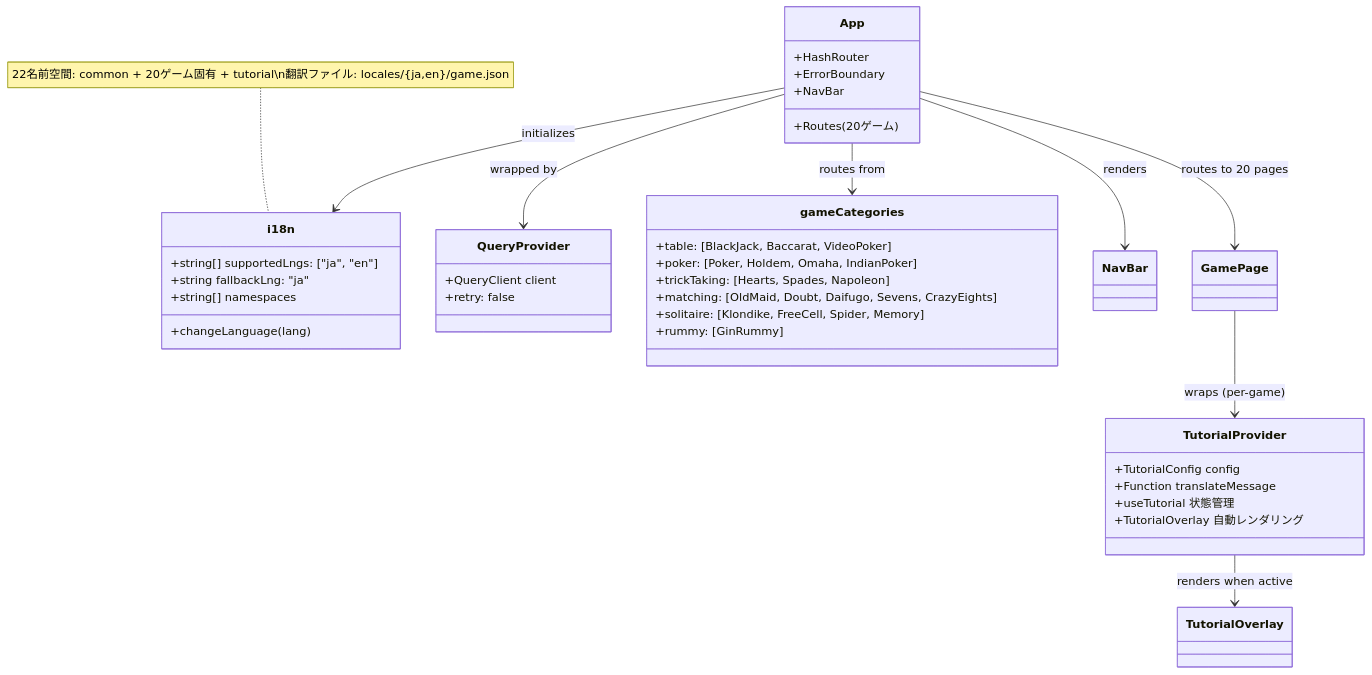
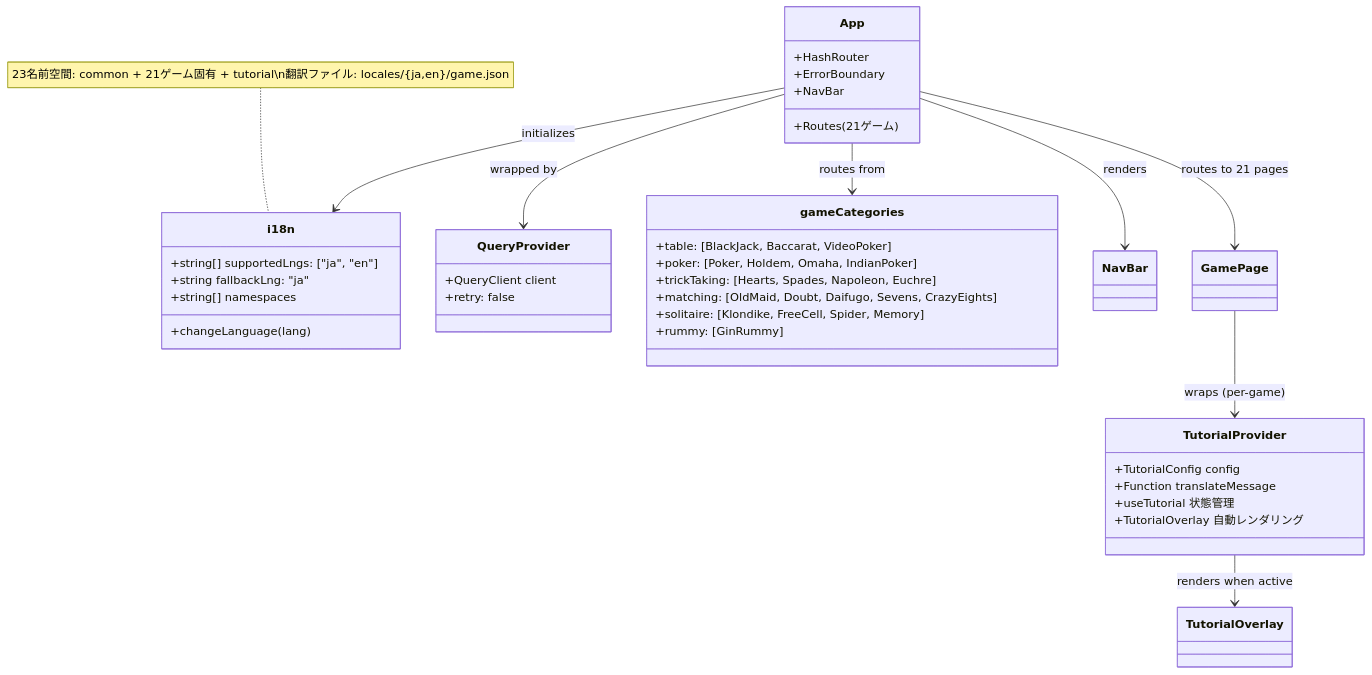
Before and after one commit to yuta-yoshinaga/go_trumpcards: the eighth of 18 diagrams in docs/design/frontend.md, drawn with Mermaid. The commit also changed other lines of this file and 51 other files, not shown here.

First line of the commit message:
feat: add Euchre (ユーカー) game

````diff
--- a/docs/design/frontend.md
+++ b/docs/design/frontend.md
@@ -660,47 +681,47 @@
 ```mermaid
 classDiagram
     class i18n {
         +string[] supportedLngs: ["ja", "en"]
         +string fallbackLng: "ja"
         +string[] namespaces
         +changeLanguage(lang)
     }
 
     class QueryProvider {
         +QueryClient client
         +retry: false
     }
 
     class App {
         +HashRouter
         +ErrorBoundary
         +NavBar
-        +Routes (20ゲーム)
+        +Routes (21ゲーム)
     }
 
     class gameCategories {
         +table: [BlackJack, Baccarat, VideoPoker]
         +poker: [Poker, Holdem, Omaha, IndianPoker]
-        +trickTaking: [Hearts, Spades, Napoleon]
+        +trickTaking: [Hearts, Spades, Napoleon, Euchre]
         +matching: [OldMaid, Doubt, Daifugo, Sevens, CrazyEights]
         +solitaire: [Klondike, FreeCell, Spider, Memory]
         +rummy: [GinRummy]
     }
 
     class TutorialProvider {
         +TutorialConfig config
         +Function translateMessage
         +useTutorial 状態管理
         +TutorialOverlay 自動レンダリング
     }
 
     App --> QueryProvider : wrapped by
     App --> i18n : initializes
     App --> gameCategories : routes from
     App --> NavBar : renders
-    App --> GamePage : routes to 20 pages
+    App --> GamePage : routes to 21 pages
     GamePage --> TutorialProvider : wraps (per-game)
     TutorialProvider --> TutorialOverlay : renders when active
 
-    note for i18n "22名前空間: common + 20ゲーム固有 + tutorial\n翻訳ファイル: locales/{ja,en}/game.json"
+    note for i18n "23名前空間: common + 21ゲーム固有 + tutorial\n翻訳ファイル: locales/{ja,en}/game.json"
 ```
````
